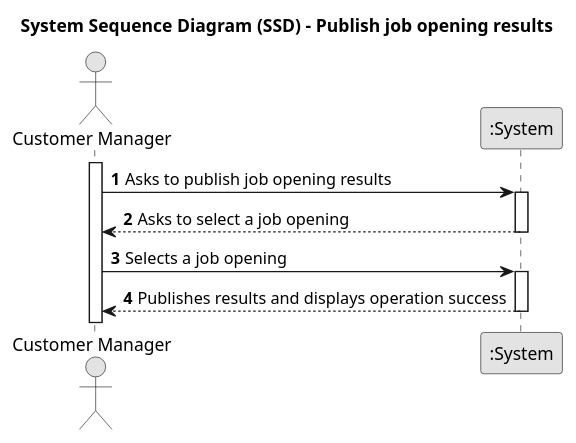
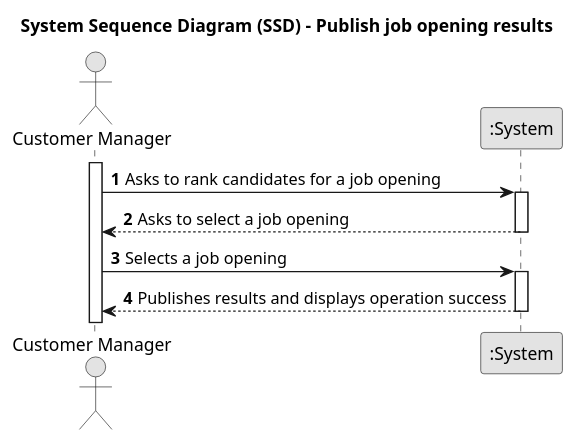
Before and after one commit to marcoferreira37/Lapr4: the diagram in docs/sprintC/1020/puml/1020-system-sequence-diagram.puml, drawn with PlantUML. The commit also changed 11 other files, not shown here.

```diff
--- a/docs/sprintC/1020/puml/1020-system-sequence-diagram.puml
+++ b/docs/sprintC/1020/puml/1020-system-sequence-diagram.puml
@@ -2,27 +2,27 @@
 @startuml
 skinparam monochrome true
 skinparam packageStyle rectangle
 skinparam shadowing false
 
 title System Sequence Diagram (SSD) - Publish job opening results
 
 autonumber
 
 actor "Customer Manager" as User
 participant ":System" as System
 
 activate User
 
-    User -> System : Asks to publish job opening results
+    User -> System : Asks to rank candidates for a job opening
     activate System
 
     System --> User : Asks to select a job opening
     deactivate System
 
     User -> System: Selects a job opening
     activate System
 
     System --> User : Publishes results and displays operation success
     deactivate System
 
 @enduml
```
